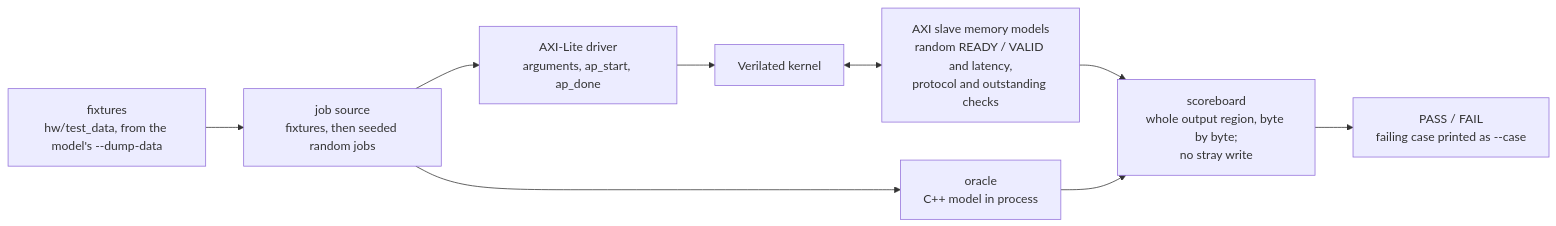
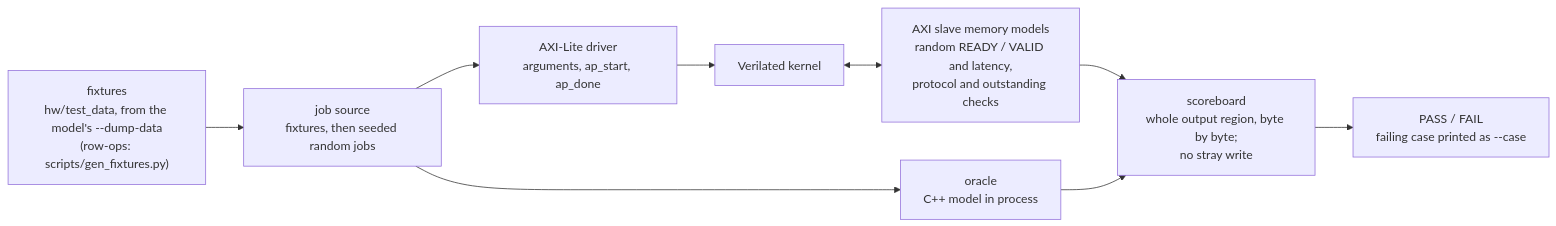
One commit to phoenix367/cormorant changed the seventh of 8 diagrams in doc/ARCHITECTURE.md. Above: the diagram before and after it, drawn with Mermaid. The commit also changed other lines of this file and 77 other files, not shown here.

````diff
--- a/doc/ARCHITECTURE.md
+++ b/doc/ARCHITECTURE.md
@@ -926,11 +933,11 @@
 ```mermaid
 flowchart LR
-  FIX["fixtures<br/>hw/test_data, from the model's --dump-data"] --> GEN["job source<br/>fixtures, then seeded random jobs"]
+  FIX["fixtures<br/>hw/test_data, from the model's --dump-data<br/>(row-ops: scripts/gen_fixtures.py)"] --> GEN["job source<br/>fixtures, then seeded random jobs"]
   GEN --> DRV["AXI-Lite driver<br/>arguments, ap_start, ap_done"]
   GEN --> ORA["oracle<br/>C++ model in process"]
   DRV --> DUT["Verilated kernel"]
   DUT <--> MEM["AXI slave memory models<br/>random READY / VALID and latency,<br/>protocol and outstanding checks"]
   MEM --> SB["scoreboard<br/>whole output region, byte by byte;<br/>no stray write"]
   ORA --> SB
   SB --> RES["PASS / FAIL<br/>failing case printed as --case"]
 ```
````
